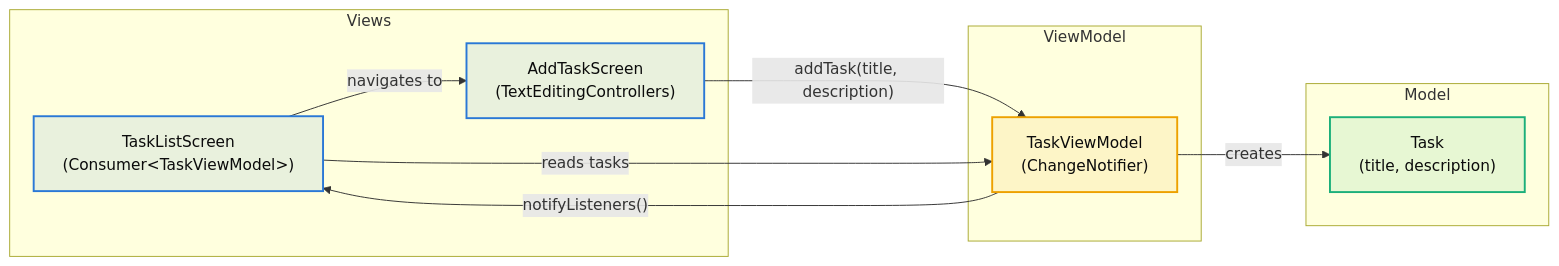
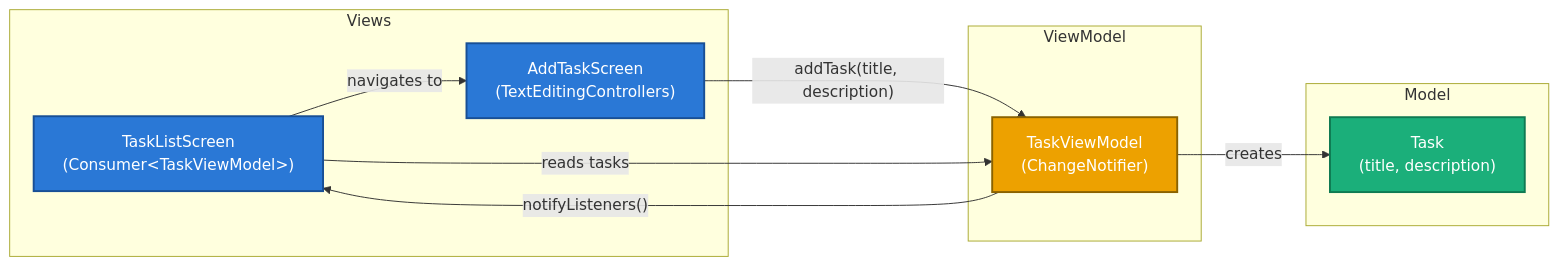
One commit to mina-hill/Flutter-ToDo-App changed the diagram in README.md. Above: the diagram before and after it, drawn with Mermaid. The commit also changed other lines of this file and 1 other file, not shown here.

Commit message:
Improve chart/diagram contrast for dark and light themes

````diff
--- a/README.md
+++ b/README.md
@@ -33,29 +36,29 @@
 ```mermaid
 flowchart LR
     subgraph Views
         TLS["TaskListScreen<br/>(Consumer&lt;TaskViewModel&gt;)"]
         ATS["AddTaskScreen<br/>(TextEditingControllers)"]
     end
 
     subgraph ViewModel
         TVM["TaskViewModel<br/>(ChangeNotifier)"]
     end
 
     subgraph Model
         TASK["Task<br/>(title, description)"]
     end
 
     ATS -- "addTask(title, description)" --> TVM
     TVM -- "creates" --> TASK
     TVM -- "notifyListeners()" --> TLS
     TLS -- "reads tasks" --> TVM
     TLS -- "navigates to" --> ATS
 
-    classDef view fill:#2a78d61a,stroke:#2a78d6,stroke-width:2px,color:#0b0b0b
-    classDef viewmodel fill:#eda1001a,stroke:#eda100,stroke-width:2px,color:#0b0b0b
-    classDef model fill:#1baf7a1a,stroke:#1baf7a,stroke-width:2px,color:#0b0b0b
+    classDef view fill:#2a78d6,stroke:#184f95,stroke-width:2px,color:#ffffff
+    classDef viewmodel fill:#eda100,stroke:#8a6200,stroke-width:2px,color:#ffffff
+    classDef model fill:#1baf7a,stroke:#0f7a52,stroke-width:2px,color:#ffffff
 
     class TLS,ATS view
     class TVM viewmodel
     class TASK model
 ```
````
